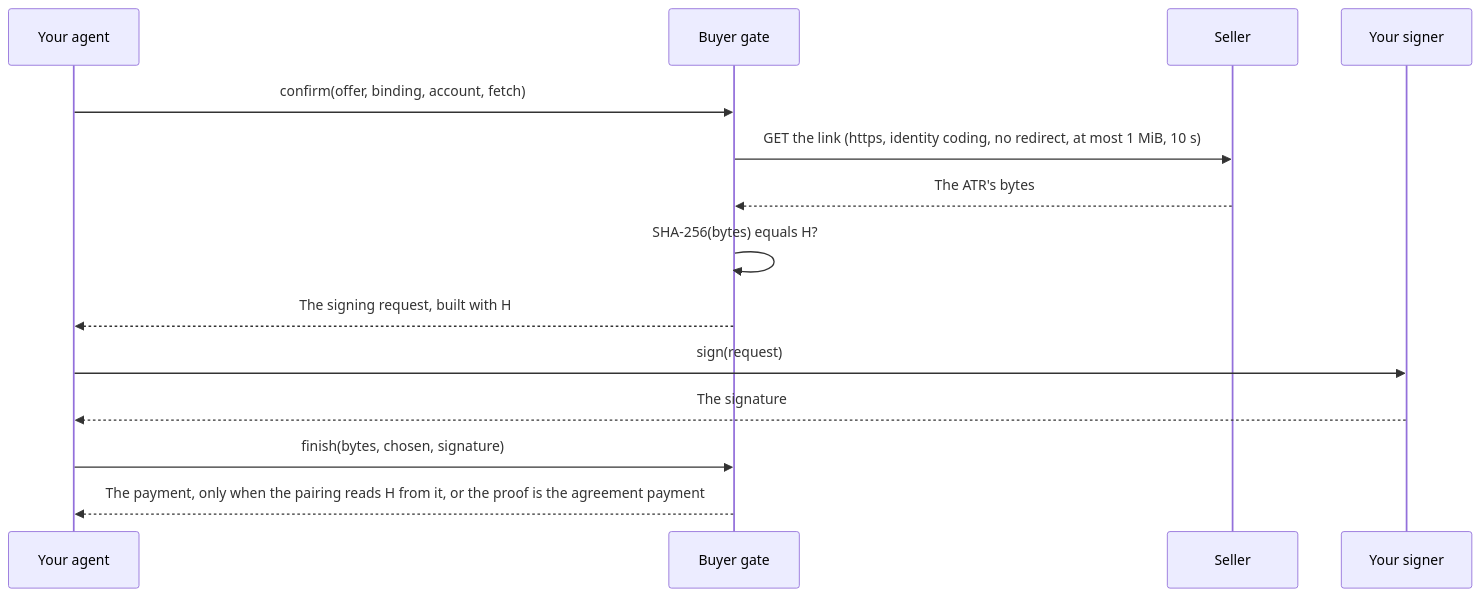
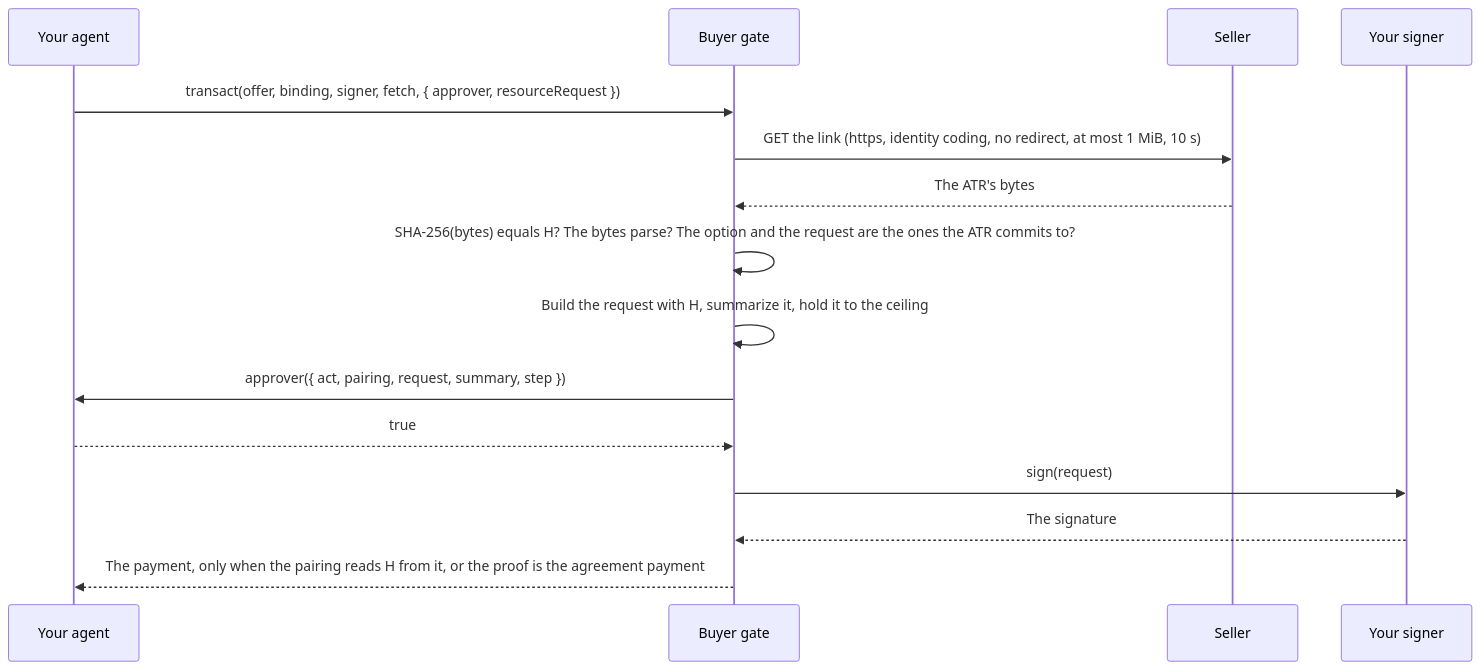
One commit to IntegraLedger/integra-agentic-terms changed the diagram in agentic-terms/README.md. Above: the diagram before and after it, drawn with Mermaid. The commit also changed other lines of this file and 24 other files, not shown here.

First line of the commit message:
terms: document the buyer gate as built: the approver, the request, the summary, the ceiling and the floors, every pairing and the return

````diff
--- a/agentic-terms/README.md
+++ b/agentic-terms/README.md
@@ -140,16 +168,17 @@
 ```mermaid
 sequenceDiagram
     participant A as Your agent
     participant G as Buyer gate
     participant S as Seller
     participant W as Your signer
-    A->>G: confirm(offer, binding, account, fetch)
+    A->>G: transact(offer, binding, signer, fetch, { approver, resourceRequest })
     G->>S: GET the link (https, identity coding, no redirect, at most 1 MiB, 10 s)
     S-->>G: The ATR's bytes
-    G->>G: SHA-256(bytes) equals H?
-    G-->>A: The signing request, built with H
-    A->>W: sign(request)
-    W-->>A: The signature
-    A->>G: finish(bytes, chosen, signature)
+    G->>G: SHA-256(bytes) equals H? The bytes parse? The option and the request are the ones the ATR commits to?
+    G->>G: Build the request with H, summarize it, hold it to the ceiling
+    G->>A: approver({ act, pairing, request, summary, step })
+    A-->>G: true
+    G->>W: sign(request)
+    W-->>G: The signature
     G-->>A: The payment, only when the pairing reads H from it, or the proof is the agreement payment
 ```
````
